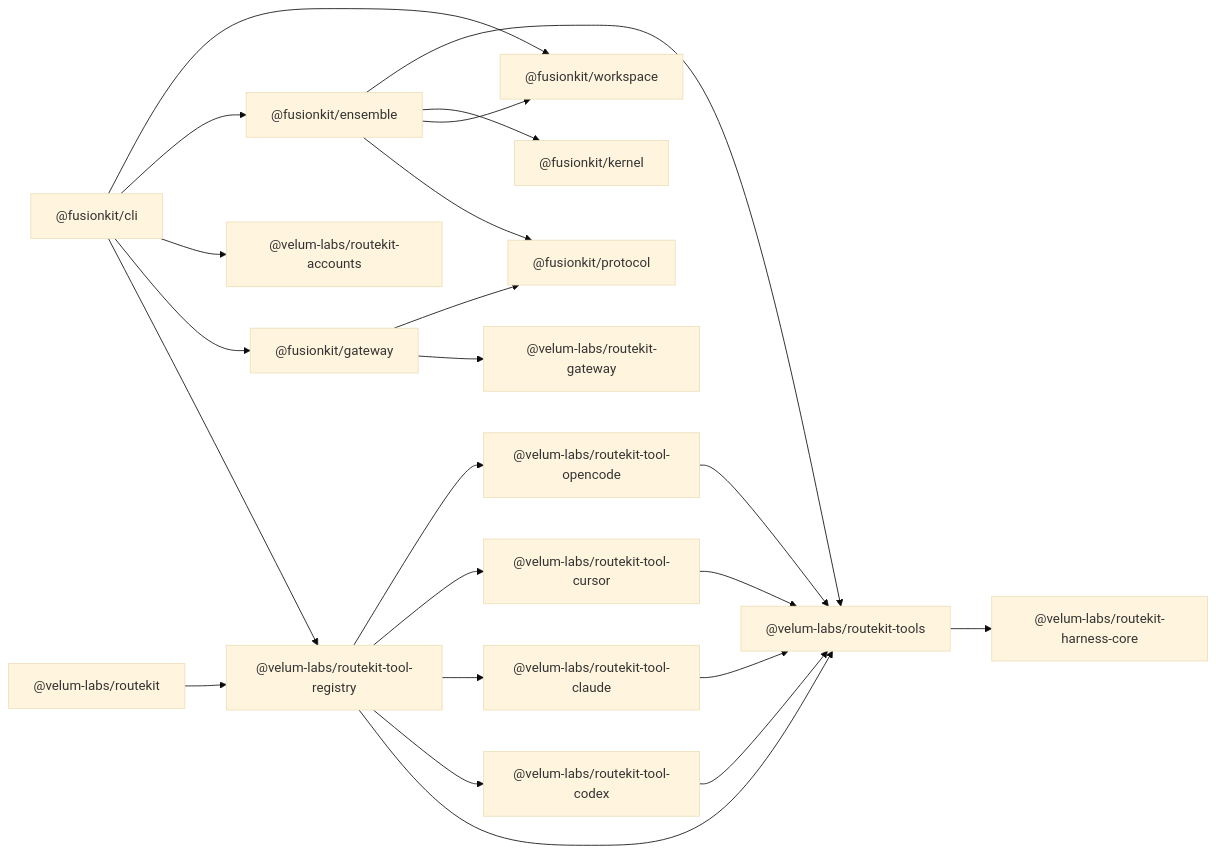
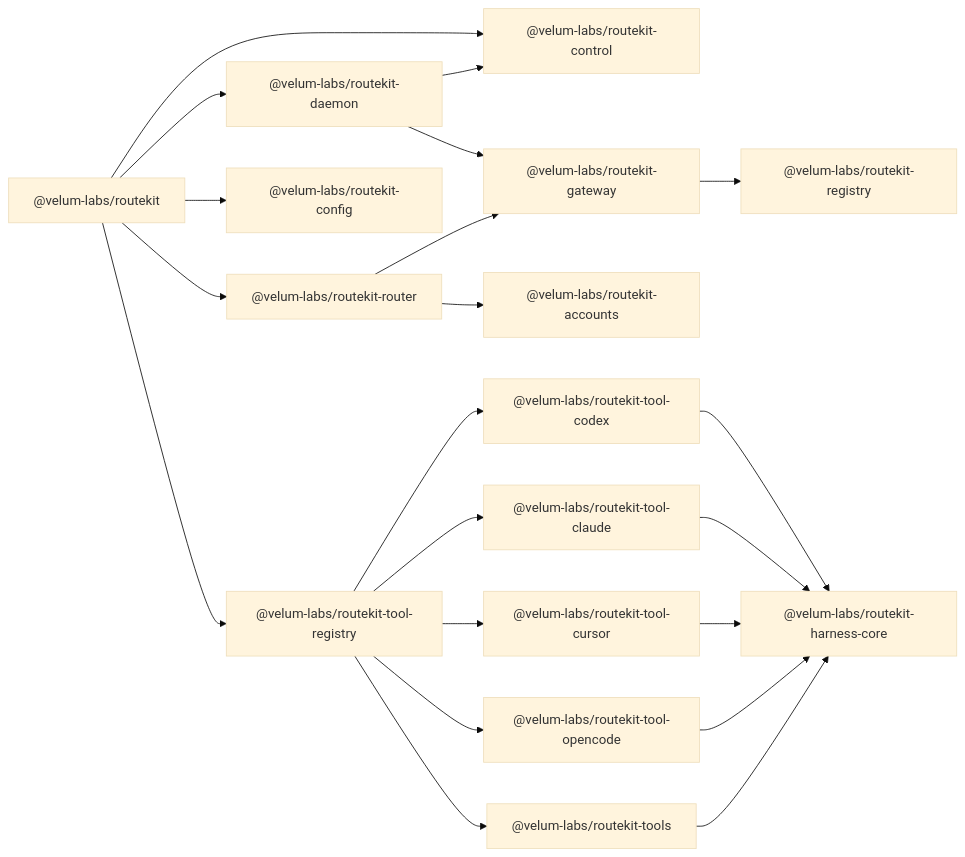
The diagram in docs/typescript-reference.md (velum-labs/routekit), drawn with Mermaid (base theme) before and after one commit. The commit also changed other lines of this file and 123 other files, not shown here.

````diff
--- a/docs/typescript-reference.md
+++ b/docs/typescript-reference.md
@@ -9,25 +9,23 @@
 ```mermaid
 flowchart LR
-  CLI["@fusionkit/cli"] --> ToolRegistry["@velum-labs/routekit-tool-registry"]
-  RouteCLI["@velum-labs/routekit"] --> ToolRegistry
+  CLI["@velum-labs/routekit"] --> Daemon["@velum-labs/routekit-daemon"]
+  CLI --> Control["@velum-labs/routekit-control"]
+  CLI --> Router["@velum-labs/routekit-router"]
+  CLI --> Config["@velum-labs/routekit-config"]
+  CLI --> ToolRegistry["@velum-labs/routekit-tool-registry"]
+  Daemon --> Gateway["@velum-labs/routekit-gateway"]
+  Daemon --> Control
+  Router --> Gateway
+  Router --> Accounts["@velum-labs/routekit-accounts"]
+  Gateway --> Registry["@velum-labs/routekit-registry"]
   ToolRegistry --> Tools["@velum-labs/routekit-tools"]
-  CLI --> FusionGateway["@fusionkit/gateway"]
-  FusionGateway --> Gateway["@velum-labs/routekit-gateway"]
-  CLI --> Accounts["@velum-labs/routekit-accounts"]
-  CLI --> Ensemble["@fusionkit/ensemble"]
-  CLI --> Workspace["@fusionkit/workspace"]
-  FusionGateway --> Protocol["@fusionkit/protocol"]
-  Ensemble --> Protocol
-  Ensemble --> Workspace
-  Ensemble --> Kernel["@fusionkit/kernel"]
   ToolRegistry --> Codex["@velum-labs/routekit-tool-codex"]
   ToolRegistry --> Claude["@velum-labs/routekit-tool-claude"]
   ToolRegistry --> Cursor["@velum-labs/routekit-tool-cursor"]
   ToolRegistry --> Opencode["@velum-labs/routekit-tool-opencode"]
-  Codex --> Tools
-  Claude --> Tools
-  Cursor --> Tools
-  Opencode --> Tools
-  Tools --> HarnessCore["@velum-labs/routekit-harness-core"]
-  Ensemble --> Tools
+  Codex --> HarnessCore["@velum-labs/routekit-harness-core"]
+  Claude --> HarnessCore
+  Cursor --> HarnessCore
+  Opencode --> HarnessCore
+  Tools --> HarnessCore
 ```
````
